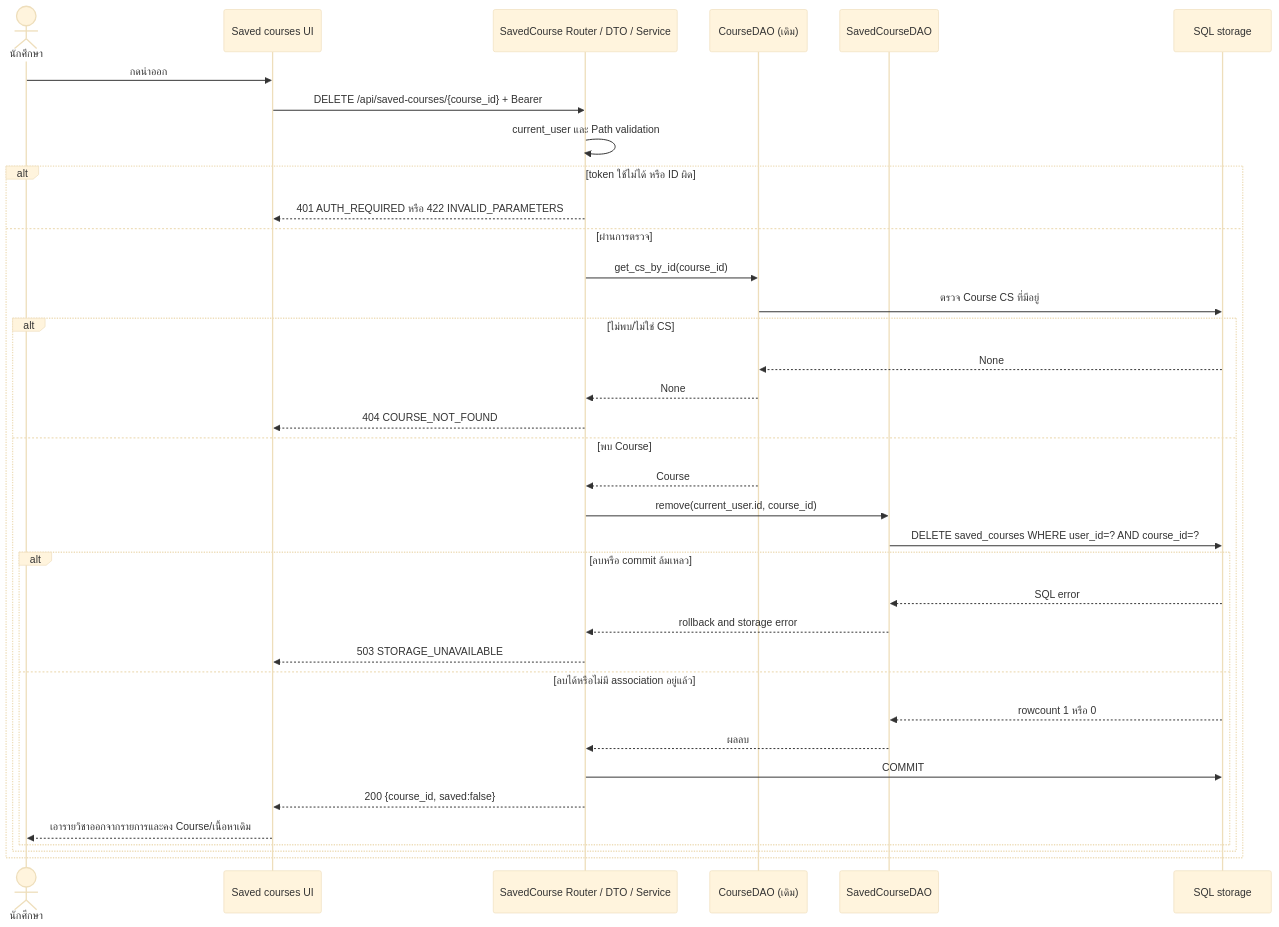
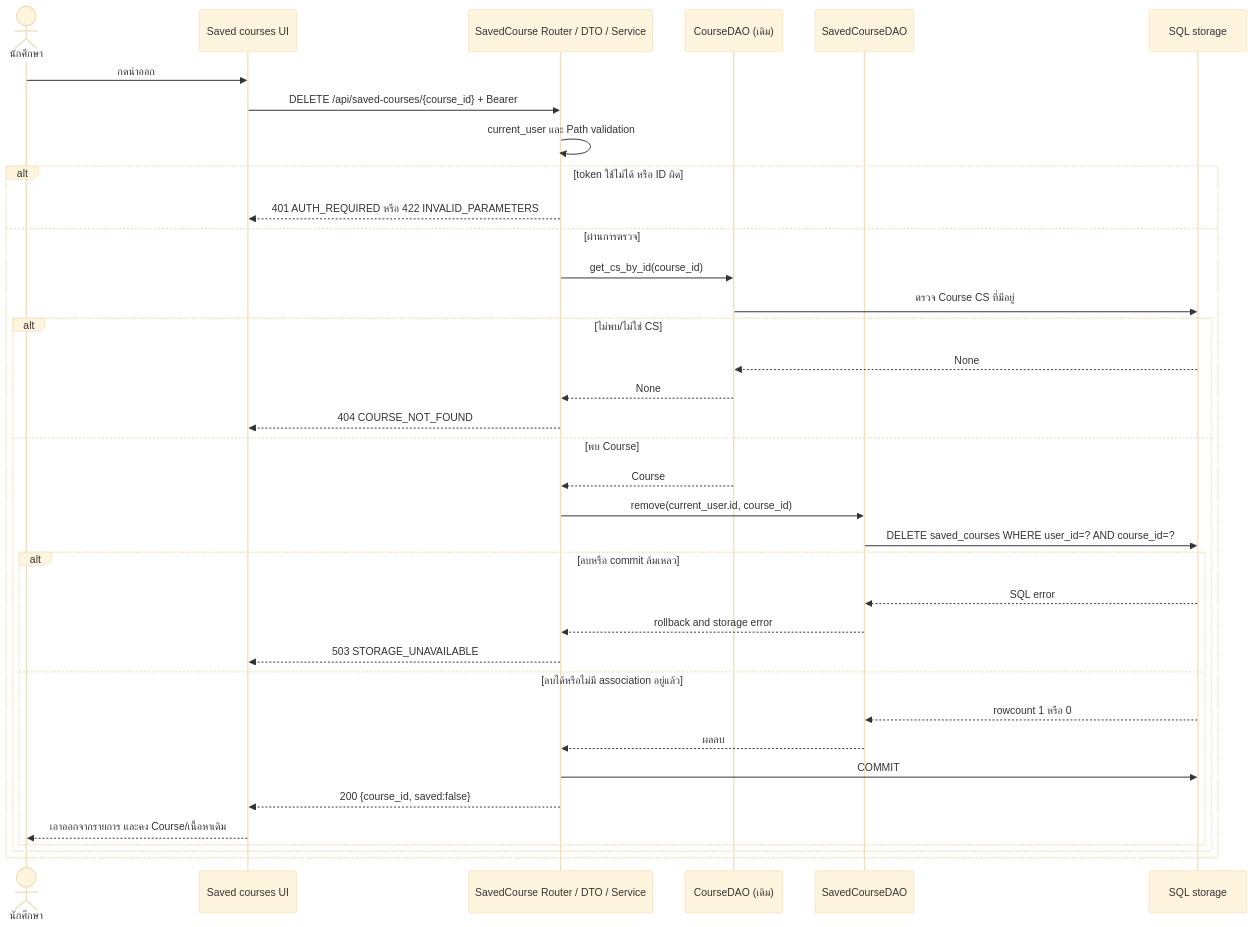
Before and after one commit to Lilieay/cs261-group4-100001: the fourth of 4 diagrams in docs/U10/design/task104-saved-courses-dao-and-sequences.md, drawn with Mermaid (base theme). The commit also changed 1 other file, not shown here.

Commit message:
docs(task104): avoid Mermaid label separators

````diff
--- a/docs/U10/design/task104-saved-courses-dao-and-sequences.md
+++ b/docs/U10/design/task104-saved-courses-dao-and-sequences.md
@@ -155,38 +155,38 @@
 ```mermaid
 sequenceDiagram
     actor Student as นักศึกษา
     participant UI as Saved courses UI
     participant API as SavedCourse Router / DTO / Service
     participant CourseDAO as CourseDAO (เดิม)
     participant DAO as SavedCourseDAO
     participant DB as SQL storage
     Student->>UI: กดนำออก
     UI->>API: DELETE /api/saved-courses/{course_id} + Bearer
     API->>API: current_user และ Path validation
     alt token ใช้ไม่ได้ หรือ ID ผิด
         API-->>UI: 401 AUTH_REQUIRED หรือ 422 INVALID_PARAMETERS
     else ผ่านการตรวจ
         API->>CourseDAO: get_cs_by_id(course_id)
         CourseDAO->>DB: ตรวจ Course CS ที่มีอยู่
         alt ไม่พบ/ไม่ใช่ CS
             DB-->>CourseDAO: None
             CourseDAO-->>API: None
             API-->>UI: 404 COURSE_NOT_FOUND
         else พบ Course
             CourseDAO-->>API: Course
             API->>DAO: remove(current_user.id, course_id)
             DAO->>DB: DELETE saved_courses WHERE user_id=? AND course_id=?
             alt ลบหรือ commit ล้มเหลว
                 DB-->>DAO: SQL error
                 DAO-->>API: rollback and storage error
                 API-->>UI: 503 STORAGE_UNAVAILABLE
             else ลบได้หรือไม่มี association อยู่แล้ว
                 DB-->>DAO: rowcount 1 หรือ 0
                 DAO-->>API: ผลลบ
                 API->>DB: COMMIT
                 API-->>UI: 200 {course_id, saved:false}
-                UI-->>Student: เอารายวิชาออกจากรายการและคง Course/เนื้อหาเดิม
+                UI-->>Student: เอาออกจากรายการ และคง Course/เนื้อหาเดิม
             end
         end
     end
 ```
````
